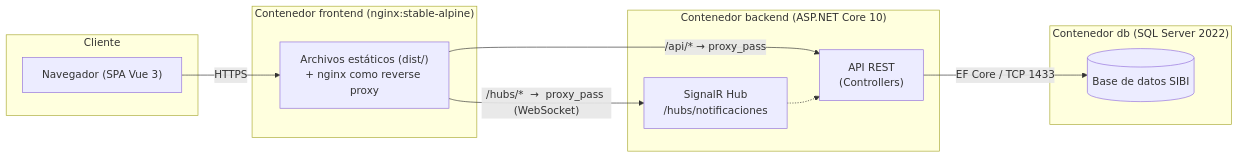
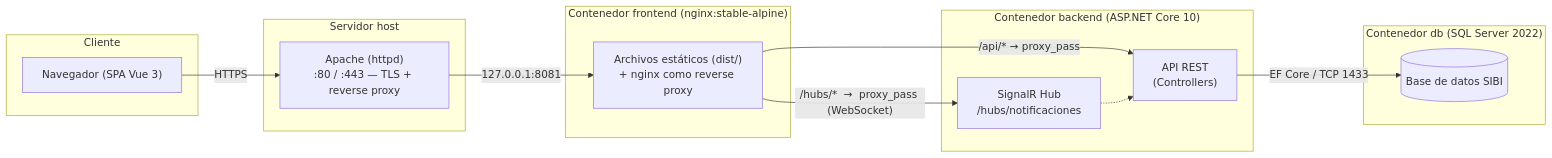
One commit to soporteeicucr-svg/SIBI changed the first of 5 diagrams in MANUAL_TECNICO.md. Above: the diagram before and after it, drawn with Mermaid. The commit also changed other lines of this file and 4 other files, not shown here.

````diff
--- a/MANUAL_TECNICO.md
+++ b/MANUAL_TECNICO.md
@@ -66,25 +66,30 @@
 ```mermaid
 flowchart LR
     subgraph Cliente
         B["Navegador (SPA Vue 3)"]
+    end
+
+    subgraph "Servidor host"
+        AP["Apache (httpd)\n:80 / :443 — TLS + reverse proxy"]
     end
 
     subgraph "Contenedor frontend (nginx:stable-alpine)"
         F["Archivos estáticos (dist/)\n+ nginx como reverse proxy"]
     end
 
     subgraph "Contenedor backend (ASP.NET Core 10)"
         API["API REST\n(Controllers)"]
         HUB["SignalR Hub\n/hubs/notificaciones"]
     end
 
     subgraph "Contenedor db (SQL Server 2022)"
         SQL[("Base de datos SIBI")]
     end
 
-    B -- HTTPS --> F
+    B -- HTTPS --> AP
+    AP -- "127.0.0.1:8081" --> F
     F -- "/api/*  →  proxy_pass" --> API
     F -- "/hubs/*  →  proxy_pass (WebSocket)" --> HUB
     API -- EF Core / TCP 1433 --> SQL
     HUB -.-> API
 ```
````
